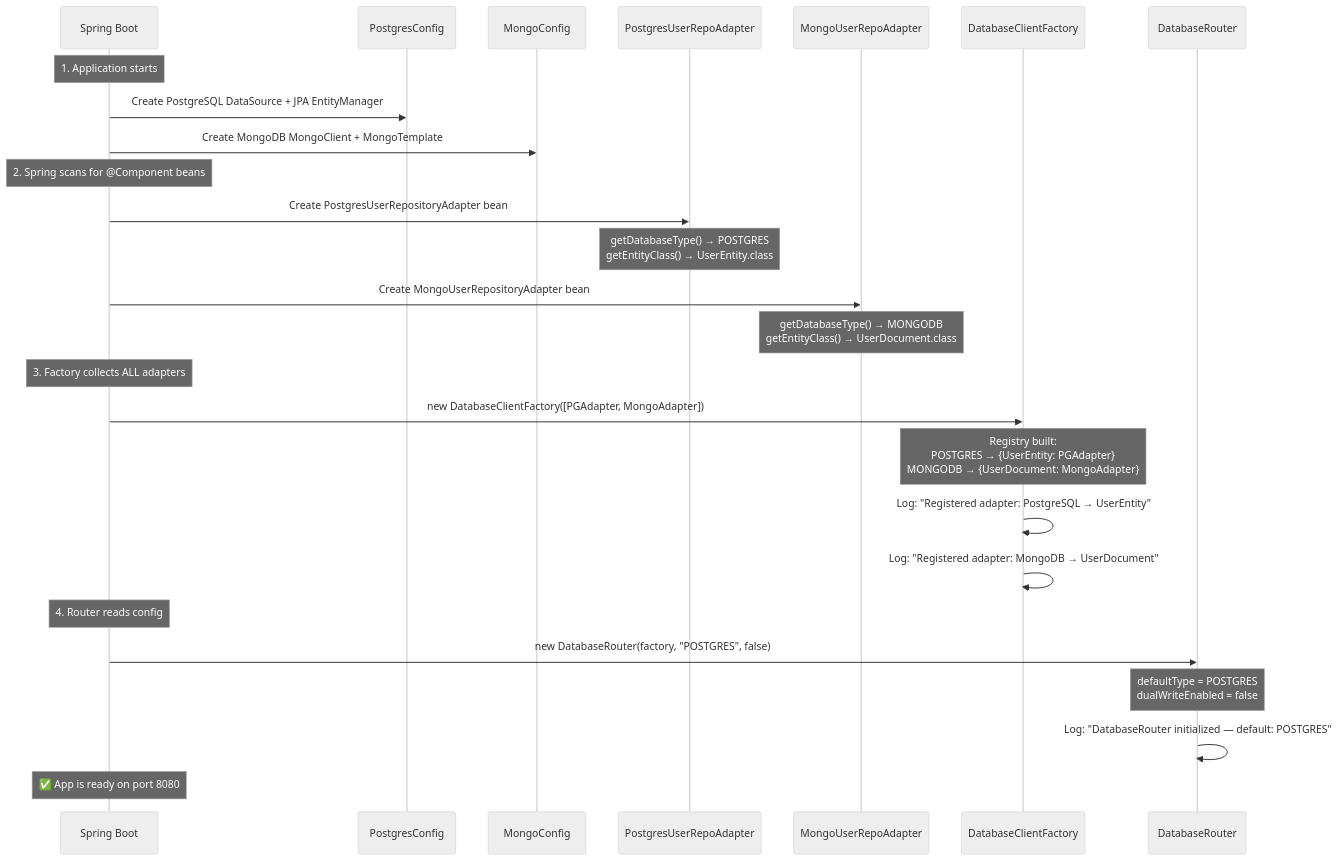
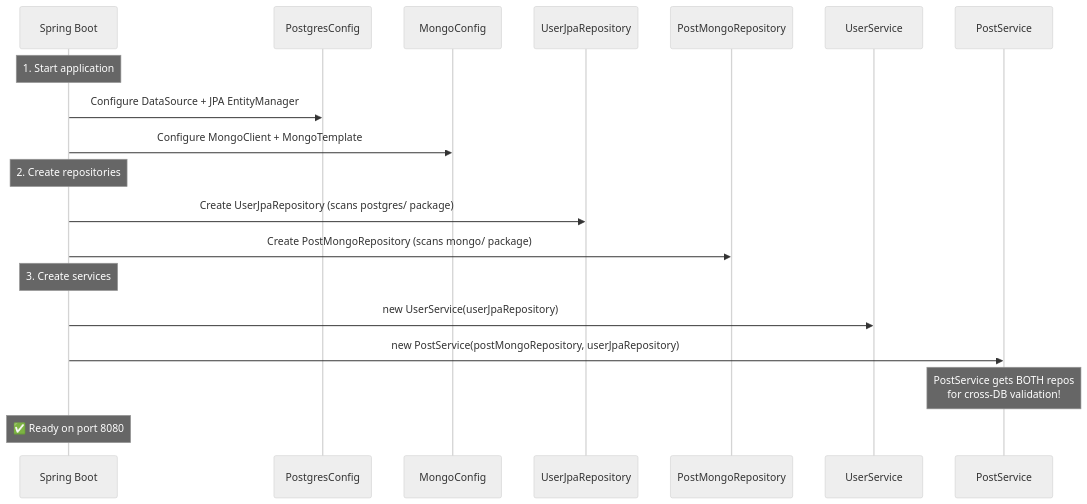
Before and after one commit to tapeshchavle/twotier-db: the diagram in WORKING.md, drawn with Mermaid (neutral theme). The commit also changed other lines of this file and 21 other files, not shown here.

````diff
--- a/WORKING.md
+++ b/WORKING.md
@@ -95,38 +80,26 @@
 ```mermaid
 sequenceDiagram
     participant SB as Spring Boot
     participant PGConf as PostgresConfig
     participant MongoConf as MongoConfig
-    participant PGAdapter as PostgresUserRepoAdapter
-    participant MongoAdapter as MongoUserRepoAdapter
-    participant Factory as DatabaseClientFactory
-    participant Router as DatabaseRouter
+    participant UJR as UserJpaRepository
+    participant PMR as PostMongoRepository
+    participant US as UserService
+    participant PS as PostService
 
-    Note over SB: 1. Application starts
+    Note over SB: 1. Start application
+    SB->>PGConf: Configure DataSource + JPA EntityManager
+    SB->>MongoConf: Configure MongoClient + MongoTemplate
 
-    SB->>PGConf: Create PostgreSQL DataSource + JPA EntityManager
-    SB->>MongoConf: Create MongoDB MongoClient + MongoTemplate
+    Note over SB: 2. Create repositories
+    SB->>UJR: Create UserJpaRepository (scans postgres/ package)
+    SB->>PMR: Create PostMongoRepository (scans mongo/ package)
 
-    Note over SB: 2. Spring scans for @Component beans
+    Note over SB: 3. Create services
+    SB->>US: new UserService(userJpaRepository)
+    SB->>PS: new PostService(postMongoRepository, userJpaRepository)
 
-    SB->>PGAdapter: Create PostgresUserRepositoryAdapter bean
-    Note over PGAdapter: getDatabaseType() → POSTGRES<br>getEntityClass() → UserEntity.class
+    Note over PS: PostService gets BOTH repos<br>for cross-DB validation!
 
-    SB->>MongoAdapter: Create MongoUserRepositoryAdapter bean
-    Note over MongoAdapter: getDatabaseType() → MONGODB<br>getEntityClass() → UserDocument.class
-
-    Note over SB: 3. Factory collects ALL adapters
-
-    SB->>Factory: new DatabaseClientFactory([PGAdapter, MongoAdapter])
-    Note over Factory: Registry built:<br>POSTGRES → {UserEntity: PGAdapter}<br>MONGODB → {UserDocument: MongoAdapter}
-    Factory->>Factory: Log: "Registered adapter: PostgreSQL → UserEntity"
-    Factory->>Factory: Log: "Registered adapter: MongoDB → UserDocument"
-
-    Note over SB: 4. Router reads config
-
-    SB->>Router: new DatabaseRouter(factory, "POSTGRES", false)
-    Note over Router: defaultType = POSTGRES<br>dualWriteEnabled = false
-    Router->>Router: Log: "DatabaseRouter initialized — default: POSTGRES"
-
-    Note over SB: ✅ App is ready on port 8080
+    Note over SB: ✅ Ready on port 8080
 ```
````
